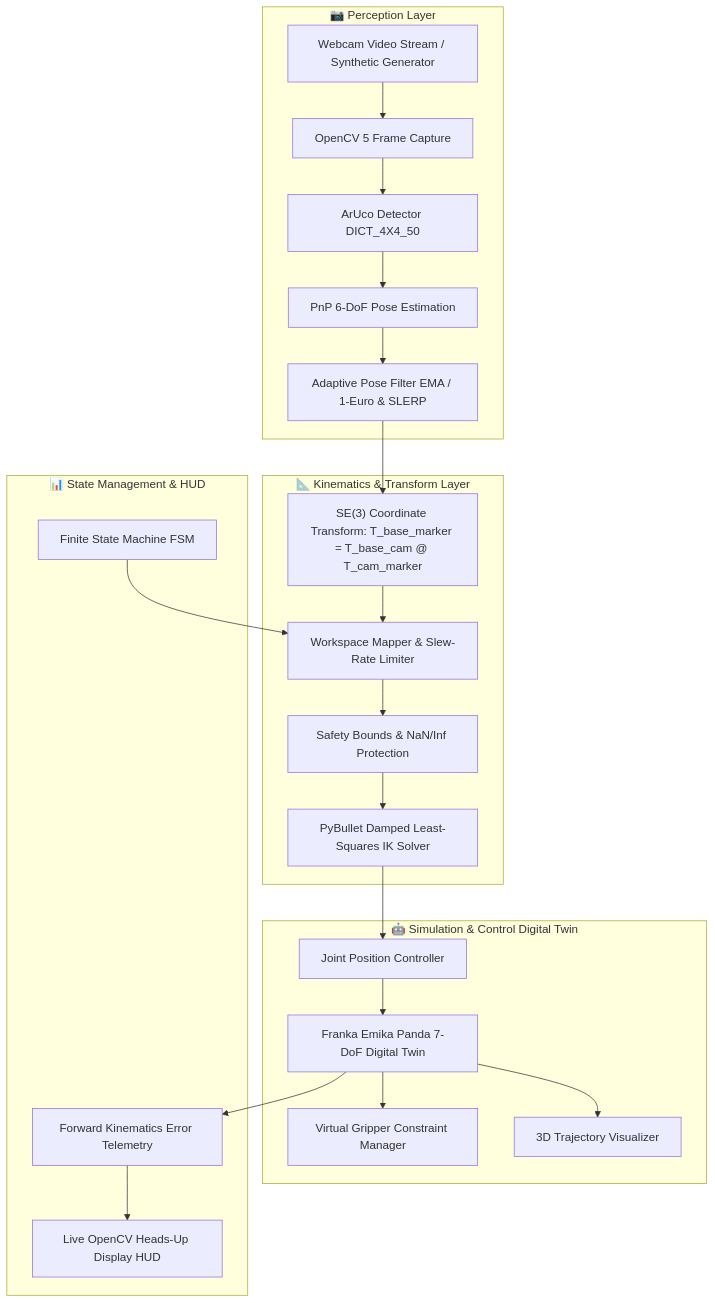
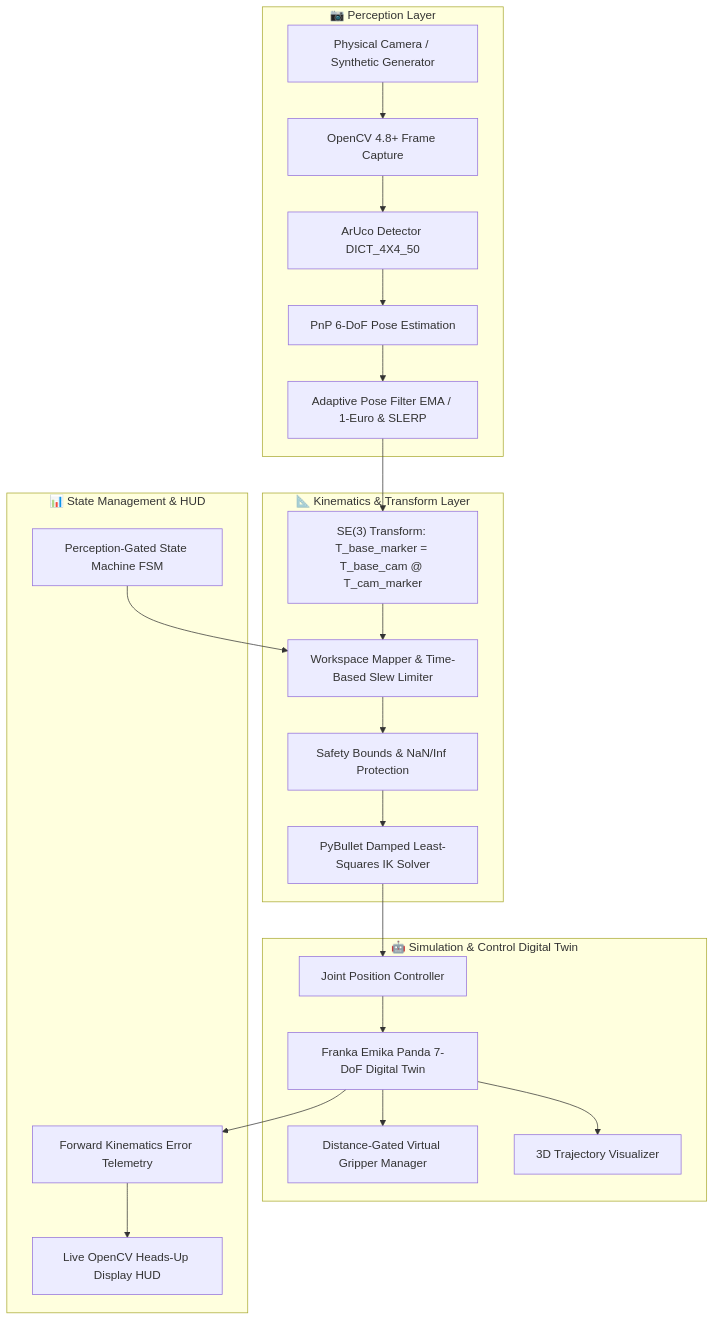
The diagram in README.md (Tanishk756/VisionRobotTwin), drawn with Mermaid before and after one commit. The commit also changed other lines of this file and 37 other files, not shown here.

````diff
--- a/README.md
+++ b/README.md
@@ -45,29 +45,29 @@
 ```mermaid
 flowchart TD
     subgraph Perception Layer ["📷 Perception Layer"]
-        A[Webcam Video Stream / Synthetic Generator] --> B[OpenCV 5 Frame Capture]
+        A[Physical Camera / Synthetic Generator] --> B[OpenCV 4.8+ Frame Capture]
         B --> C[ArUco Detector DICT_4X4_50]
         C --> D[PnP 6-DoF Pose Estimation]
         D --> E[Adaptive Pose Filter EMA / 1-Euro & SLERP]
     end
 
     subgraph Kinematics & Transformation Layer ["📐 Kinematics & Transform Layer"]
-        E --> F["SE(3) Coordinate Transform: T_base_marker = T_base_cam @ T_cam_marker"]
-        F --> G[Workspace Mapper & Slew-Rate Limiter]
+        E --> F["SE(3) Transform: T_base_marker = T_base_cam @ T_cam_marker"]
+        F --> G[Workspace Mapper & Time-Based Slew Limiter]
         G --> H[Safety Bounds & NaN/Inf Protection]
         H --> I[PyBullet Damped Least-Squares IK Solver]
     end
 
     subgraph Simulation & Control Layer ["🤖 Simulation & Control Digital Twin"]
         I --> J[Joint Position Controller]
         J --> K[Franka Emika Panda 7-DoF Digital Twin]
-        K --> L[Virtual Gripper Constraint Manager]
+        K --> L[Distance-Gated Virtual Gripper Manager]
         K --> M[3D Trajectory Visualizer]
     end
 
     subgraph State Management & HUD ["📊 State Management & HUD"]
-        N[Finite State Machine FSM] --> G
+        N[Perception-Gated State Machine FSM] --> G
         K --> O[Forward Kinematics Error Telemetry]
         O --> P[Live OpenCV Heads-Up Display HUD]
     end
 ```
````
